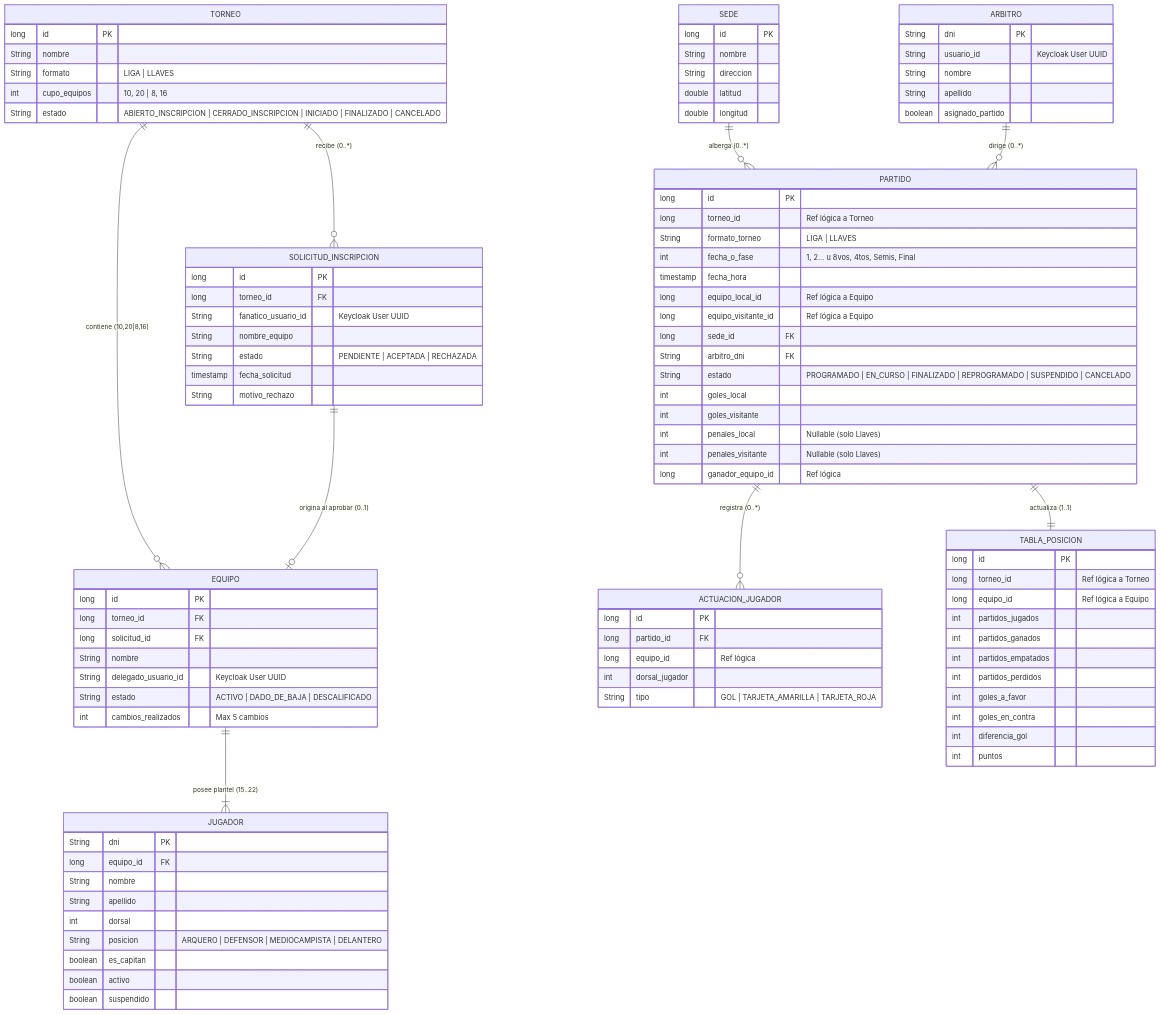
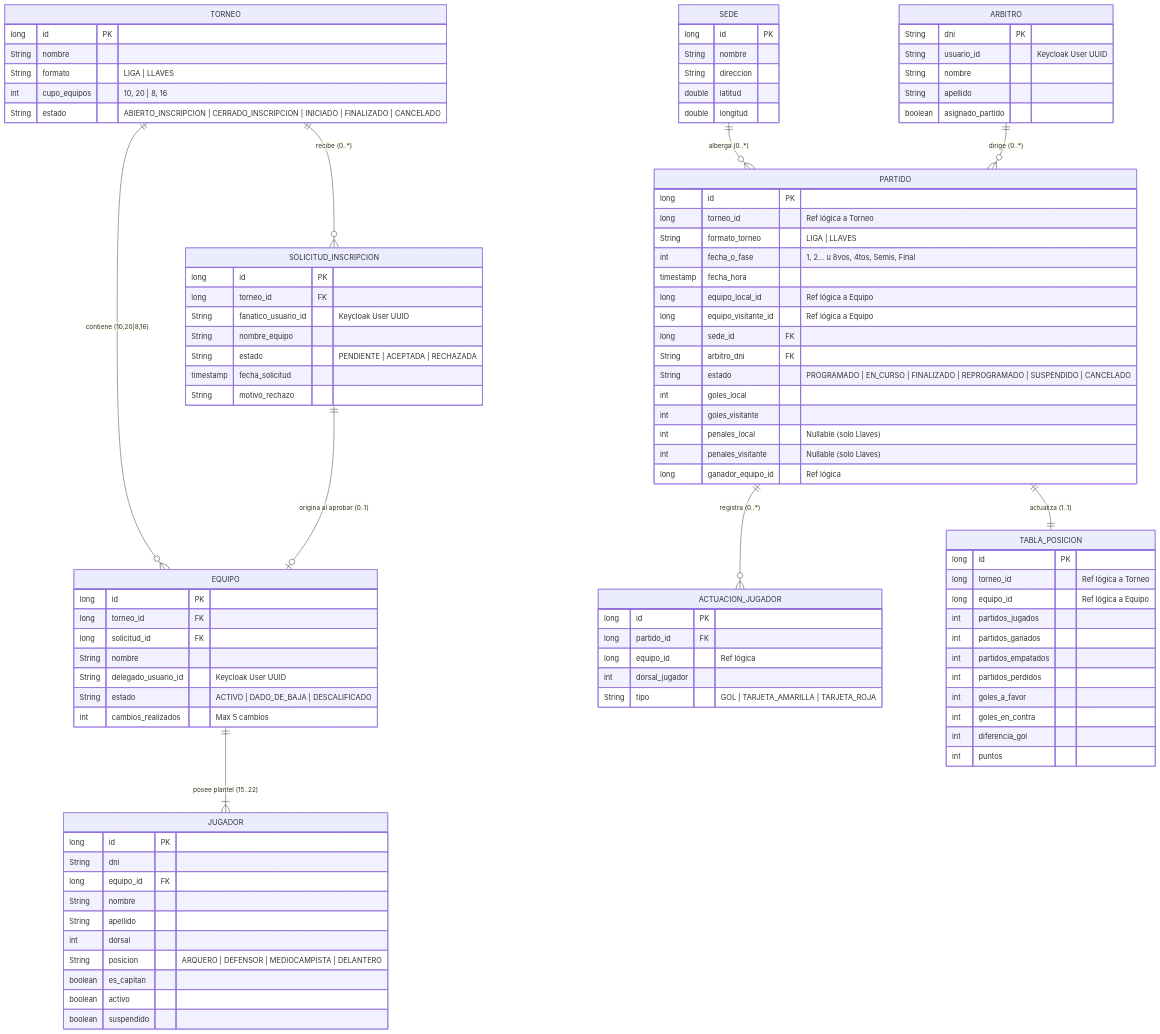
Before and after one commit to augustofacu16-rgb/tpi-fulvo: the third of 3 diagrams in docs/agentes/DISENO_SISTEMA_FULVO.md, drawn with Mermaid. The commit also changed 9 other files, not shown here.

```diff
--- a/docs/agentes/DISENO_SISTEMA_FULVO.md
+++ b/docs/agentes/DISENO_SISTEMA_FULVO.md
@@ -326,7 +326,8 @@
     }
 
     JUGADOR {
-        String dni PK
+        long id PK
+        String dni
         long equipo_id FK
         String nombre
         String apellido
```
